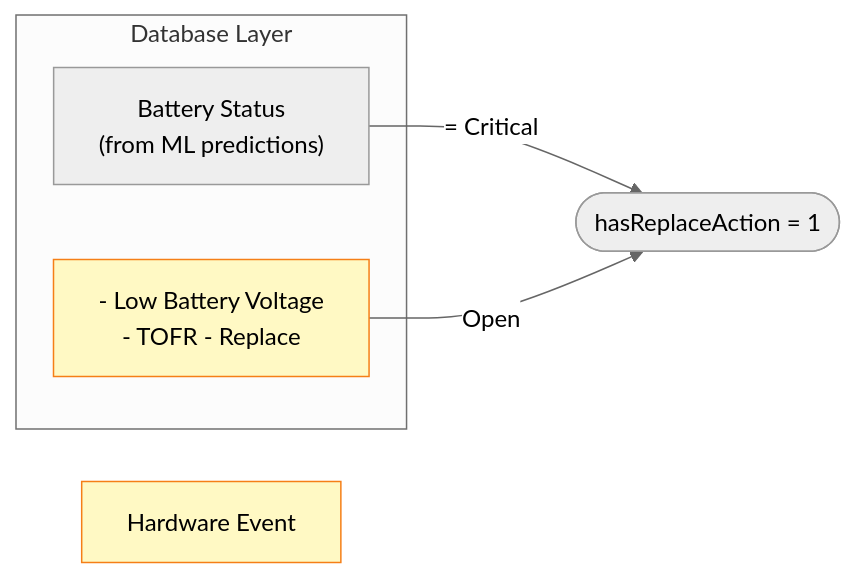
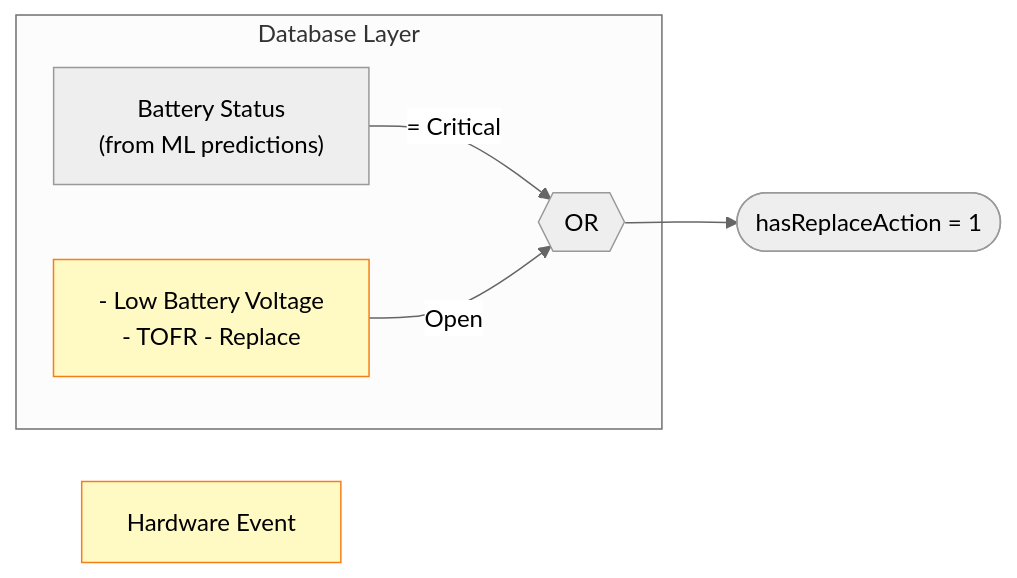
The second of 4 diagrams in repos/fullstack.assetwatch/shared/research/2026-02-03-action-column-flowcharts.md (aw-jwalker/thoughts), drawn with Mermaid (neutral theme) before and after one commit. The commit also changed other lines of this file and 1 other file, not shown here.

````diff
--- a/repos/fullstack.assetwatch/shared/research/2026-02-03-action-column-flowcharts.md
+++ b/repos/fullstack.assetwatch/shared/research/2026-02-03-action-column-flowcharts.md
@@ -69,18 +69,20 @@
 ```mermaid
 flowchart LR
     subgraph Database["Database Layer"]
         BATTERY["Battery Status<br/>(from ML predictions)"]
+        OR_NODE{{"OR"}}
         HW_ISSUE["- Low Battery Voltage<br/>- TOFR - Replace"]
     end
 
-    BATTERY -->|"= Critical"| REPLACE_ACTION
-    HW_ISSUE -->|"Open"| REPLACE_ACTION
+    BATTERY -->|"= Critical"| OR_NODE
+    HW_ISSUE -->|"Open"| OR_NODE
+    OR_NODE --> REPLACE_ACTION
 
     REPLACE_ACTION(["hasReplaceAction = 1"])
 
     LEGEND["Hardware Event"]
 
     %% Style hardware events with light amber
     style HW_ISSUE fill:#FFF9C4,stroke:#F57F17,color:#000
     style LEGEND fill:#FFF9C4,stroke:#F57F17,color:#000
 ```
````
